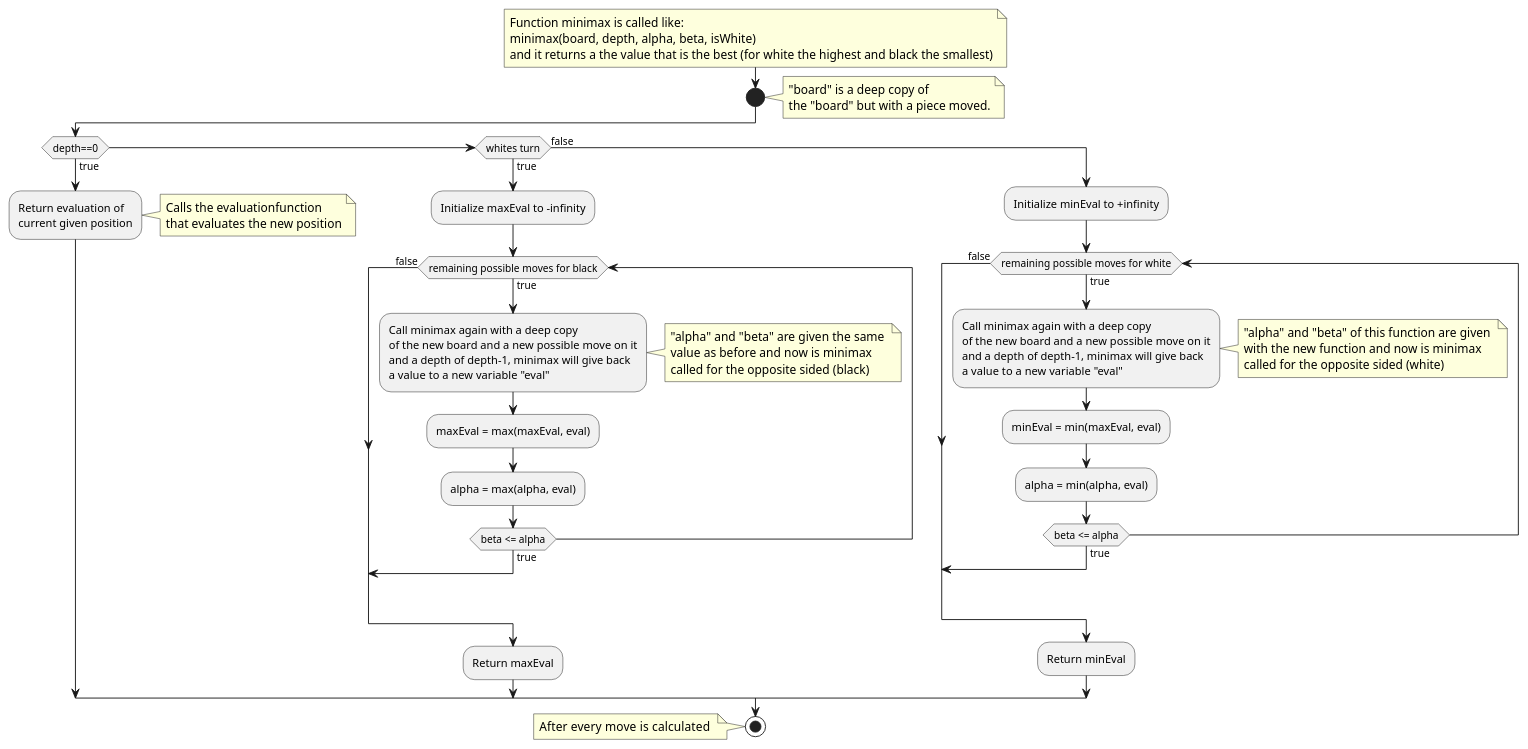
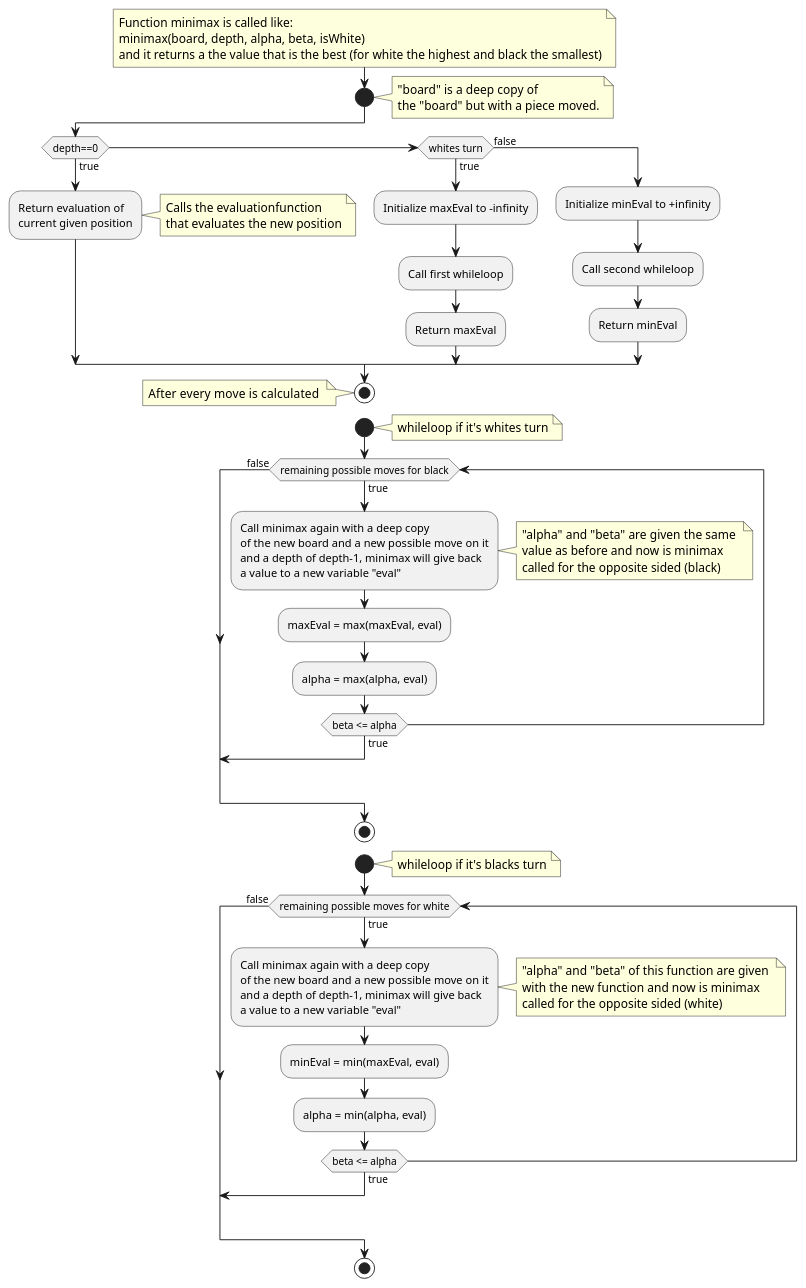
One commit to wiebe-vandendriessche/schaken changed the diagram in puml_chess/acitivteitendiagram_algoritme.puml. Above: the diagram before and after it, drawn with PlantUML.

Commit message:
update activiteitendiagram

```diff
--- a/puml_chess/acitivteitendiagram_algoritme.puml
+++ b/puml_chess/acitivteitendiagram_algoritme.puml
@@ -1,64 +1,78 @@
 @startuml alpha beta algoritme
 note
   Function minimax is called like:
   minimax(board, depth, alpha, beta, isWhite)
   and it returns a the value that is the best (for white the highest and black the smallest)
 end note
 start
 note right
   "board" is a deep copy of 
   the "board" but with a piece moved.
 end note
 if (depth==0) then (true)
   :Return evaluation of 
   current given position;
   note right
     Calls the evaluationfunction 
     that evaluates the new position
   end note
 
  else if (whites turn) then (true)
   :Initialize maxEval to -infinity;
+  :Call first whileloop;
+  :Return maxEval;
+else (false)
+  :Initialize minEval to +infinity;
+  :Call second whileloop;
+  :Return minEval;
+endif
+stop
+
+note
+  After  every move is calculated 
+end note
+
+start
+note right
+whileloop if it's whites turn
+end note
   while(remaining possible moves for black) is (true)
     :Call minimax again with a deep copy 
     of the new board and a new possible move on it
     and a depth of depth-1, minimax will give back
     a value to a new variable "eval";
     note right
       "alpha" and "beta" are given the same 
       value as before and now is minimax 
       called for the opposite sided (black)
     end note
     :maxEval = max(maxEval, eval);
     :alpha = max(alpha, eval);
     if (beta <= alpha) is (true) then
       break
     endif
   endwhile (false)
-  :Return maxEval;
-else (false)
-  :Initialize minEval to +infinity;
-  while(remaining possible moves for white) is (true)
+stop
+
+start 
+note right
+whileloop if it's blacks turn
+end note
+while(remaining possible moves for white) is (true)
     :Call minimax again with a deep copy 
     of the new board and a new possible move on it
     and a depth of depth-1, minimax will give back
     a value to a new variable "eval";
     note right
       "alpha" and "beta" of this function are given 
       with the new function and now is minimax 
       called for the opposite sided (white)
     end note
     :minEval = min(maxEval, eval);
     :alpha = min(alpha, eval);
     if (beta <= alpha) is (true) then
       break
     endif
   endwhile (false)
-  :Return minEval;
-endif
 stop
-
-note
-  After  every move is calculated 
-end note
 @enduml
```
